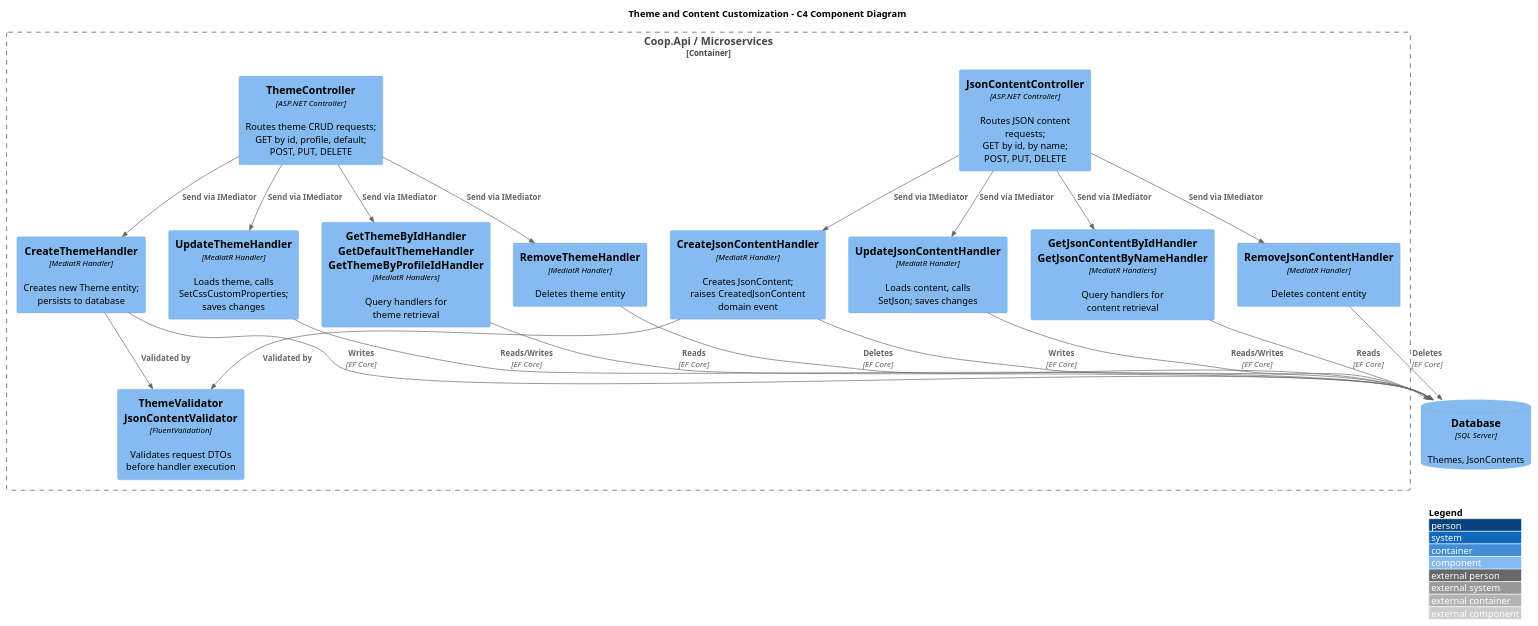
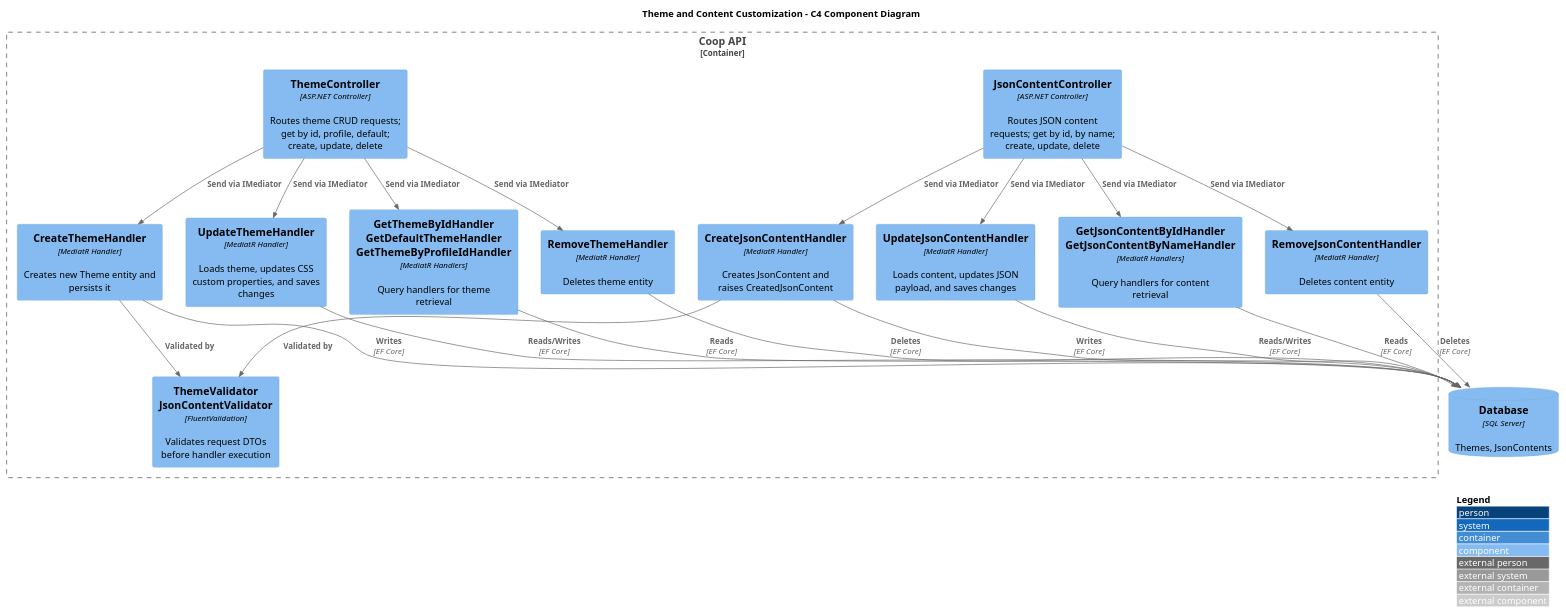
Before and after one commit to QuinntyneBrown/Coop: the diagram in docs/detailed-designs/10-theme-and-content-customization/c4-component.puml, drawn with PlantUML. The commit also changed 5 other files, not shown here.

Commit message:
Update class diagrams and state diagrams for messaging, assets, onboarding, and theme

```diff
--- a/docs/detailed-designs/10-theme-and-content-customization/c4-component.puml
+++ b/docs/detailed-designs/10-theme-and-content-customization/c4-component.puml
@@ -1,59 +1,59 @@
 @startuml c4-component
 
 !include https://raw.githubusercontent.com/plantuml-stdlib/C4-PlantUML/master/C4_Component.puml
 
 LAYOUT_WITH_LEGEND()
 
 title Theme and Content Customization - C4 Component Diagram
 
-Container_Boundary(api, "Coop.Api / Microservices") {
+Container_Boundary(api, "Coop API") {
 
-    Component(themeCtrl, "ThemeController", "ASP.NET Controller", "Routes theme CRUD requests;\nGET by id, profile, default;\nPOST, PUT, DELETE")
+    Component(themeCtrl, "ThemeController", "ASP.NET Controller", "Routes theme CRUD requests; get by id, profile, default; create, update, delete")
 
-    Component(jsonCtrl, "JsonContentController", "ASP.NET Controller", "Routes JSON content requests;\nGET by id, by name;\nPOST, PUT, DELETE")
+    Component(jsonCtrl, "JsonContentController", "ASP.NET Controller", "Routes JSON content requests; get by id, by name; create, update, delete")
 
-    Component(createThemeH, "CreateThemeHandler", "MediatR Handler", "Creates new Theme entity;\npersists to database")
+    Component(createThemeH, "CreateThemeHandler", "MediatR Handler", "Creates new Theme entity and persists it")
 
-    Component(updateThemeH, "UpdateThemeHandler", "MediatR Handler", "Loads theme, calls\nSetCssCustomProperties;\nsaves changes")
+    Component(updateThemeH, "UpdateThemeHandler", "MediatR Handler", "Loads theme, updates CSS custom properties, and saves changes")
 
-    Component(getThemeH, "GetThemeByIdHandler\nGetDefaultThemeHandler\nGetThemeByProfileIdHandler", "MediatR Handlers", "Query handlers for\ntheme retrieval")
+    Component(getThemeH, "GetThemeByIdHandler\nGetDefaultThemeHandler\nGetThemeByProfileIdHandler", "MediatR Handlers", "Query handlers for theme retrieval")
 
     Component(removeThemeH, "RemoveThemeHandler", "MediatR Handler", "Deletes theme entity")
 
-    Component(createJsonH, "CreateJsonContentHandler", "MediatR Handler", "Creates JsonContent;\nraises CreatedJsonContent\ndomain event")
+    Component(createJsonH, "CreateJsonContentHandler", "MediatR Handler", "Creates JsonContent and raises CreatedJsonContent")
 
-    Component(updateJsonH, "UpdateJsonContentHandler", "MediatR Handler", "Loads content, calls\nSetJson; saves changes")
+    Component(updateJsonH, "UpdateJsonContentHandler", "MediatR Handler", "Loads content, updates JSON payload, and saves changes")
 
-    Component(getJsonH, "GetJsonContentByIdHandler\nGetJsonContentByNameHandler", "MediatR Handlers", "Query handlers for\ncontent retrieval")
+    Component(getJsonH, "GetJsonContentByIdHandler\nGetJsonContentByNameHandler", "MediatR Handlers", "Query handlers for content retrieval")
 
     Component(removeJsonH, "RemoveJsonContentHandler", "MediatR Handler", "Deletes content entity")
 
-    Component(validator, "ThemeValidator\nJsonContentValidator", "FluentValidation", "Validates request DTOs\nbefore handler execution")
+    Component(validator, "ThemeValidator\nJsonContentValidator", "FluentValidation", "Validates request DTOs before handler execution")
 }
 
 ComponentDb(db, "Database", "SQL Server", "Themes, JsonContents")
 
 Rel(themeCtrl, createThemeH, "Send via IMediator")
 Rel(themeCtrl, updateThemeH, "Send via IMediator")
 Rel(themeCtrl, getThemeH, "Send via IMediator")
 Rel(themeCtrl, removeThemeH, "Send via IMediator")
 
 Rel(jsonCtrl, createJsonH, "Send via IMediator")
 Rel(jsonCtrl, updateJsonH, "Send via IMediator")
 Rel(jsonCtrl, getJsonH, "Send via IMediator")
 Rel(jsonCtrl, removeJsonH, "Send via IMediator")
 
 Rel(createThemeH, db, "Writes", "EF Core")
 Rel(updateThemeH, db, "Reads/Writes", "EF Core")
 Rel(getThemeH, db, "Reads", "EF Core")
 Rel(removeThemeH, db, "Deletes", "EF Core")
 
 Rel(createJsonH, db, "Writes", "EF Core")
 Rel(updateJsonH, db, "Reads/Writes", "EF Core")
 Rel(getJsonH, db, "Reads", "EF Core")
 Rel(removeJsonH, db, "Deletes", "EF Core")
 
 Rel(createThemeH, validator, "Validated by")
 Rel(createJsonH, validator, "Validated by")
 
 @enduml
```
